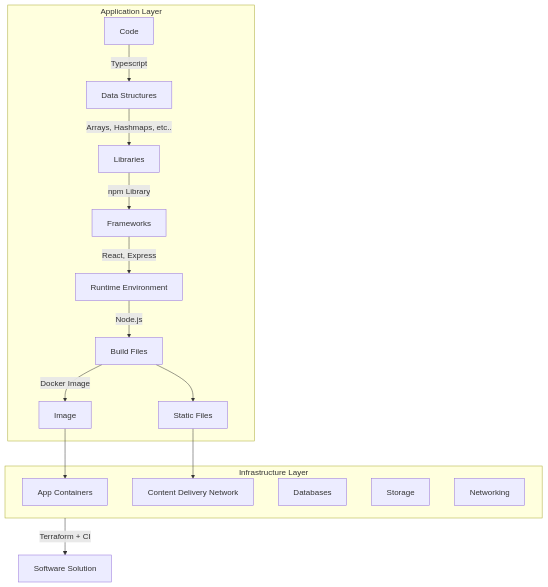
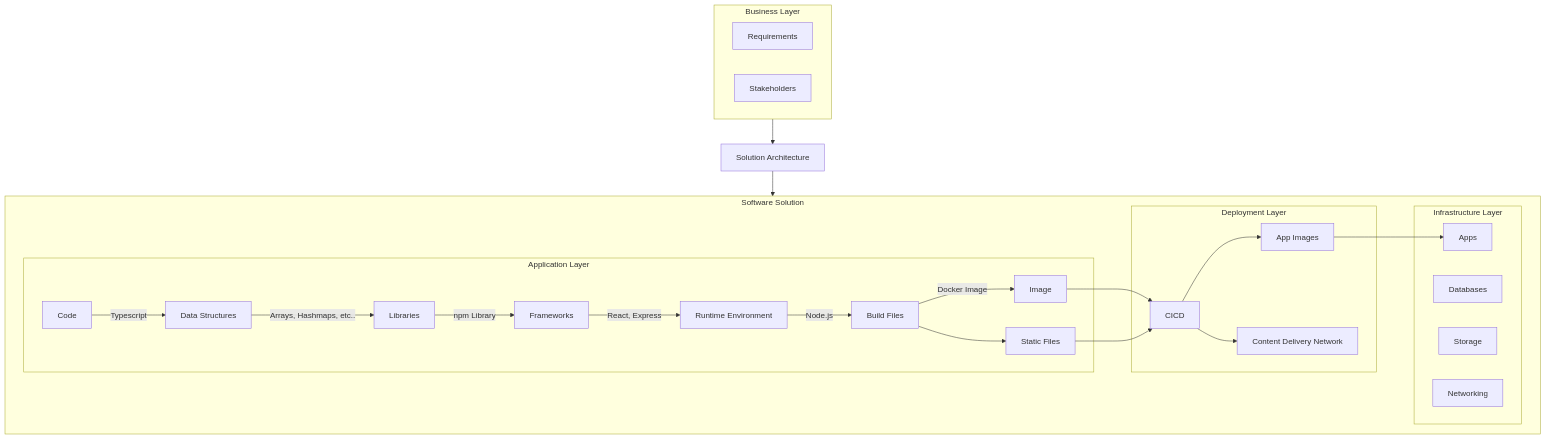
One commit to iamharryliu/vigilant-broccoli changed the first of 3 diagrams in notes/tech/software/general/software-breakdown.md. Above: the diagram before and after it, drawn with Mermaid. The commit also changed other lines of this file and 2 other files, not shown here.

````diff
--- a/notes/tech/software/general/software-breakdown.md
+++ b/notes/tech/software/general/software-breakdown.md
@@ -47,34 +49,52 @@
 ```mermaid
 flowchart TB
 
-subgraph APPLICATION_LAYER[Application Layer]
-  CODE[Code]
-  DATA_STRUCTURES[Data Structures]
-  LIBRARIES[Libraries]
-  FRAMEWORKS[Frameworks]
-  RUNTIME[Runtime Environment]
-  BUILD_FILES[Build Files]
-  IMAGE[Image]
-  STATIC_FILES[Static Files]
+subgraph BUSINESS_LAYER[Business Layer]
+  REQUIREMENTS[Requirements]
+  STAKEHOLDERS[Stakeholders]
 end
 
-subgraph INFRASTRUCTURE_LAYER[Infrastructure Layer]
-    APP_CONTAINERS[App Containers]
-    INFRASTRUCTURE_LAYER_CDN[Content Delivery Network]
+SOLUTION_ARCHITECTURE[Solution Architecture]
+
+subgraph SOFTWARE_SOLUTION[Software Solution]
+  subgraph APPLICATION_LAYER[Application Layer]
+    CODE[Code]
+    DATA_STRUCTURES[Data Structures]
+    LIBRARIES[Libraries]
+    FRAMEWORKS[Frameworks]
+    RUNTIME[Runtime Environment]
+    BUILD_FILES[Build Files]
+    IMAGE[Image]
+    STATIC_FILES[Static Files]
+  end
+
+  subgraph DEPLOYMENT_LAYER[Deployment Layer]
+    CICD[CICD]
+    APP_IMAGES[App Images]
+    CONTENT_DELIVERY_NETWORK[Content Delivery Network]
+  end
+
+  subgraph INFRASTRUCTURE_LAYER[Infrastructure Layer]
+    APPS[Apps]
     INFRASTRUCTURE_LAYER_DATABASE[Databases]
     INFRASTRUCTURE_LAYER_STORAGE[Storage]
     INFRASTRUCTURE_LAYER_NETWORKING[Networking]
+  end
 end
-SOFTWARE_SOLUTION[Software Solution]
 
 CODE --> |Typescript|DATA_STRUCTURES
 DATA_STRUCTURES --> |Arrays, Hashmaps, etc..| LIBRARIES
 LIBRARIES -->|npm Library| FRAMEWORKS
 FRAMEWORKS -->|React, Express| RUNTIME
 RUNTIME -->|Node.js| BUILD_FILES
 
-STATIC_FILES --> INFRASTRUCTURE_LAYER_CDN
-BUILD_FILES --> |Docker Image| IMAGE--> APP_CONTAINERS
+BUILD_FILES --> |Docker Image| IMAGE
 BUILD_FILES --> STATIC_FILES
-INFRASTRUCTURE_LAYER --> |Terraform + CI|SOFTWARE_SOLUTION
+IMAGE --> CICD
+STATIC_FILES --> CICD
+CICD --> APP_IMAGES
+CICD --> CONTENT_DELIVERY_NETWORK
+APP_IMAGES --> APPS
+BUSINESS_LAYER --> SOLUTION_ARCHITECTURE
+SOLUTION_ARCHITECTURE --> SOFTWARE_SOLUTION
 ```
````
